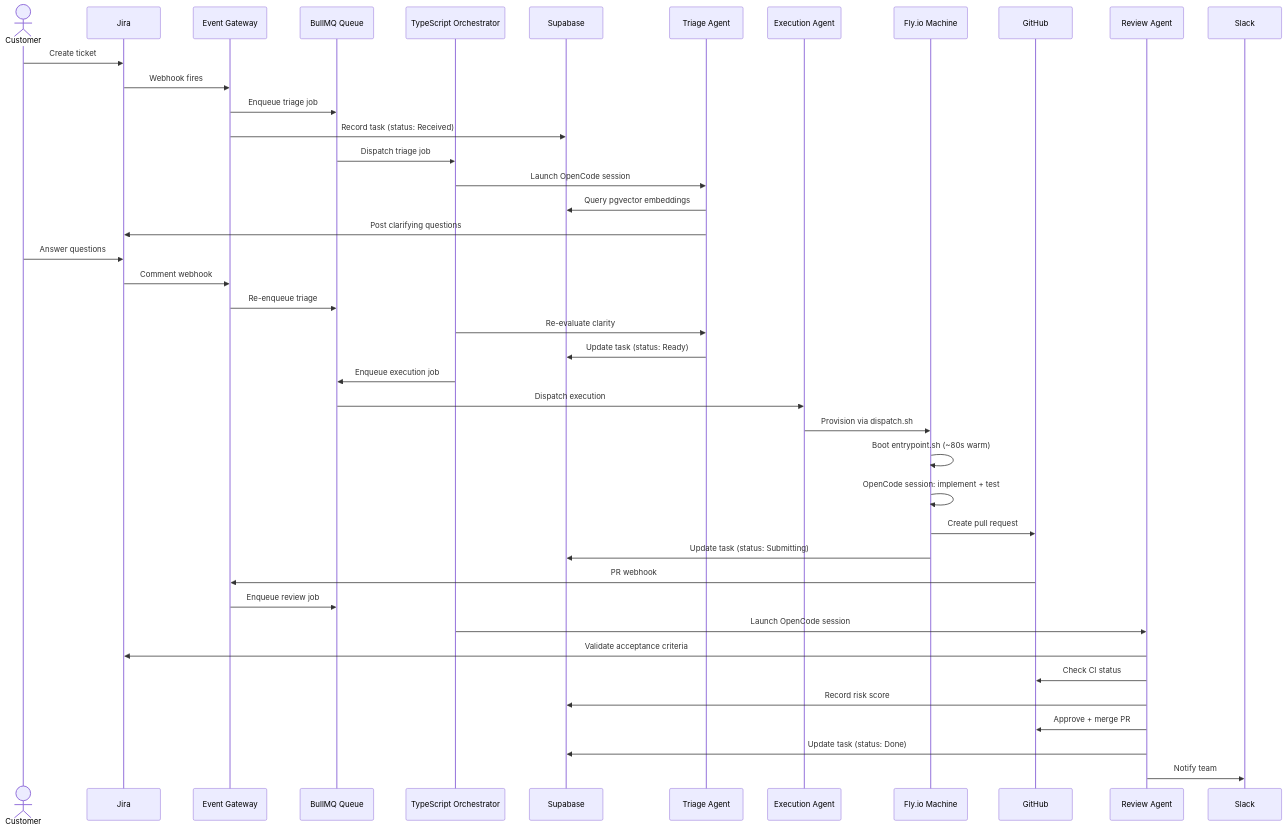
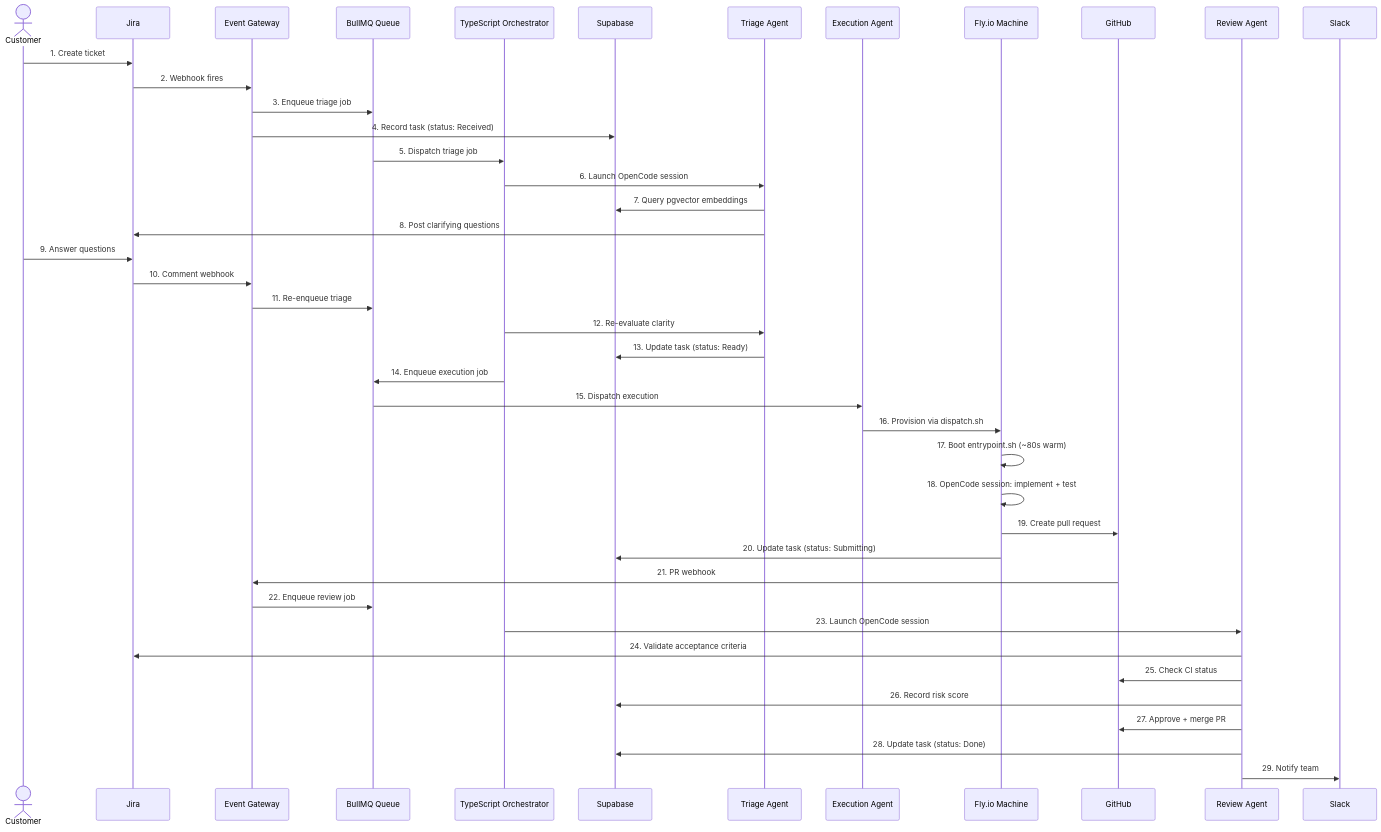
Before and after one commit to viiqswim/dozaldevs-ai-employee: the tenth of 15 diagrams in docs/2026-03-22-2317-ai-employee-architecture.md, drawn with Mermaid. The commit also changed other lines of this file, not shown here.

Commit message:
docs: add numbered arrows and flow walkthroughs to all diagrams

````diff
--- a/docs/2026-03-22-2317-ai-employee-architecture.md
+++ b/docs/2026-03-22-2317-ai-employee-architecture.md
@@ -810,45 +953,45 @@
 ```mermaid
 sequenceDiagram
     actor Customer
     participant Jira
     participant Gateway as Event Gateway
     participant BullMQ as BullMQ Queue
     participant Orchestrator as TypeScript Orchestrator
     participant Supabase
     participant TriageAgent as Triage Agent
     participant ExecAgent as Execution Agent
     participant FlyMachine as Fly.io Machine
     participant GitHub
     participant ReviewAgent as Review Agent
     participant Slack
 
-    Customer->>Jira: Create ticket
-    Jira->>Gateway: Webhook fires
-    Gateway->>BullMQ: Enqueue triage job
-    Gateway->>Supabase: Record task (status: Received)
-    BullMQ->>Orchestrator: Dispatch triage job
-    Orchestrator->>TriageAgent: Launch OpenCode session
-    TriageAgent->>Supabase: Query pgvector embeddings
-    TriageAgent->>Jira: Post clarifying questions
-    Customer->>Jira: Answer questions
-    Jira->>Gateway: Comment webhook
-    Gateway->>BullMQ: Re-enqueue triage
-    Orchestrator->>TriageAgent: Re-evaluate clarity
-    TriageAgent->>Supabase: Update task (status: Ready)
-    Orchestrator->>BullMQ: Enqueue execution job
-    BullMQ->>ExecAgent: Dispatch execution
-    ExecAgent->>FlyMachine: Provision via dispatch.sh
-    FlyMachine->>FlyMachine: Boot entrypoint.sh (~80s warm)
-    FlyMachine->>FlyMachine: OpenCode session: implement + test
-    FlyMachine->>GitHub: Create pull request
-    FlyMachine->>Supabase: Update task (status: Submitting)
-    GitHub->>Gateway: PR webhook
-    Gateway->>BullMQ: Enqueue review job
-    Orchestrator->>ReviewAgent: Launch OpenCode session
-    ReviewAgent->>Jira: Validate acceptance criteria
-    ReviewAgent->>GitHub: Check CI status
-    ReviewAgent->>Supabase: Record risk score
-    ReviewAgent->>GitHub: Approve + merge PR
-    ReviewAgent->>Supabase: Update task (status: Done)
-    ReviewAgent->>Slack: Notify team
+    Customer->>Jira: 1. Create ticket
+    Jira->>Gateway: 2. Webhook fires
+    Gateway->>BullMQ: 3. Enqueue triage job
+    Gateway->>Supabase: 4. Record task (status: Received)
+    BullMQ->>Orchestrator: 5. Dispatch triage job
+    Orchestrator->>TriageAgent: 6. Launch OpenCode session
+    TriageAgent->>Supabase: 7. Query pgvector embeddings
+    TriageAgent->>Jira: 8. Post clarifying questions
+    Customer->>Jira: 9. Answer questions
+    Jira->>Gateway: 10. Comment webhook
+    Gateway->>BullMQ: 11. Re-enqueue triage
+    Orchestrator->>TriageAgent: 12. Re-evaluate clarity
+    TriageAgent->>Supabase: 13. Update task (status: Ready)
+    Orchestrator->>BullMQ: 14. Enqueue execution job
+    BullMQ->>ExecAgent: 15. Dispatch execution
+    ExecAgent->>FlyMachine: 16. Provision via dispatch.sh
+    FlyMachine->>FlyMachine: 17. Boot entrypoint.sh (~80s warm)
+    FlyMachine->>FlyMachine: 18. OpenCode session: implement + test
+    FlyMachine->>GitHub: 19. Create pull request
+    FlyMachine->>Supabase: 20. Update task (status: Submitting)
+    GitHub->>Gateway: 21. PR webhook
+    Gateway->>BullMQ: 22. Enqueue review job
+    Orchestrator->>ReviewAgent: 23. Launch OpenCode session
+    ReviewAgent->>Jira: 24. Validate acceptance criteria
+    ReviewAgent->>GitHub: 25. Check CI status
+    ReviewAgent->>Supabase: 26. Record risk score
+    ReviewAgent->>GitHub: 27. Approve + merge PR
+    ReviewAgent->>Supabase: 28. Update task (status: Done)
+    ReviewAgent->>Slack: 29. Notify team
 ```
````
